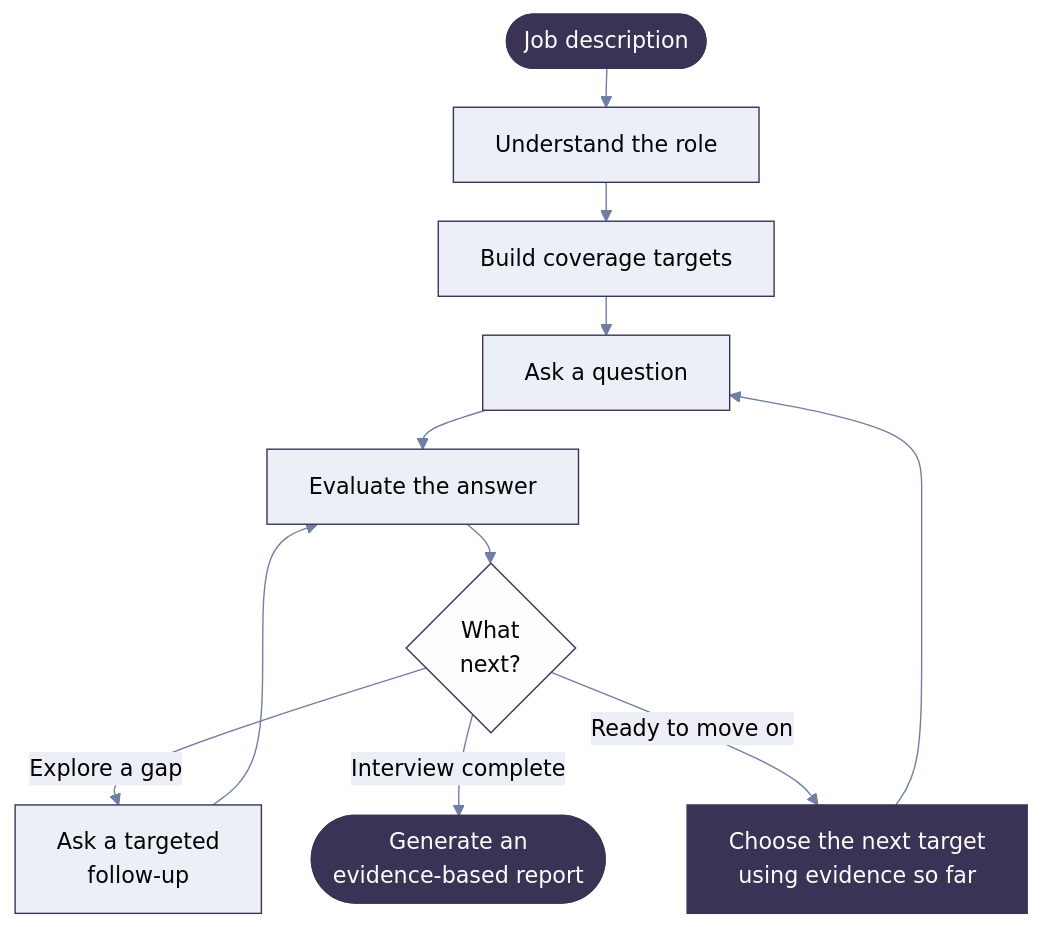
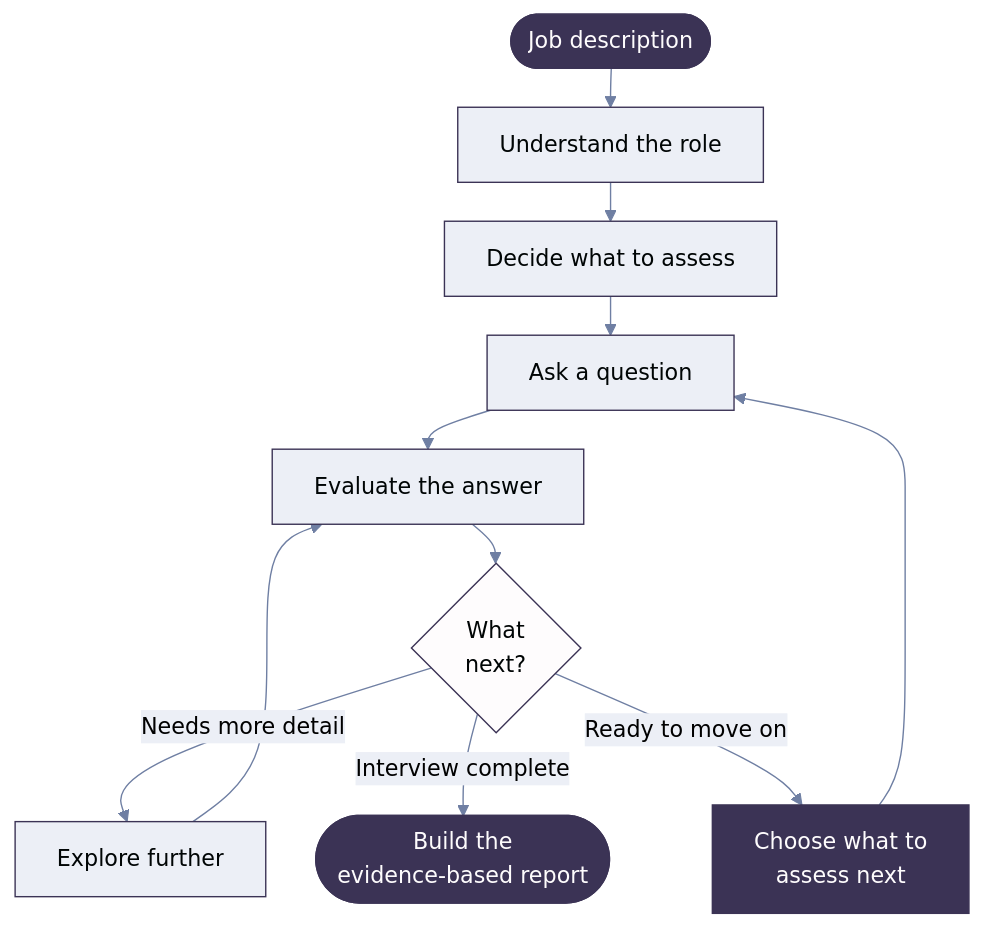
The first of 2 diagrams in README.md (AliyahAlabdali/InterMind), drawn with Mermaid before and after one commit. The commit also changed other lines of this file and 5 other files, not shown here.

````diff
--- a/README.md
+++ b/README.md
@@ -80,22 +80,22 @@
 ```mermaid
 %%{init: {"theme":"base","flowchart":{"rankSpacing":28,"nodeSpacing":36},"themeVariables":{"primaryColor":"#ECEFF6","primaryTextColor":"#000505","primaryBorderColor":"#3B3355","lineColor":"#6F7FA3","edgeLabelBackground":"#ECEFF6","tertiaryTextColor":"#000505","tertiaryColor":"#F6F8FB"}}}%%
 flowchart TD
     JD(["Job description"]) --> ROLE["Understand the role"]
-    ROLE --> PLAN["Build coverage targets"]
+    ROLE --> PLAN["Decide what to assess"]
     PLAN --> ASK["Ask a question"]
     ASK --> EVAL["Evaluate the answer"]
     EVAL --> DECIDE{"What<br/>next?"}
-    DECIDE -->|"Explore a gap"| FU["Ask a targeted<br/>follow-up"]
+    DECIDE -->|"Needs more detail"| FU["Explore further"]
     FU --> EVAL
-    DECIDE -->|"Interview complete"| REP(["Generate an<br/>evidence-based report"])
-    DECIDE -->|"Ready to move on"| NEXT["Choose the next target<br/>using evidence so far"]
+    DECIDE -->|"Interview complete"| REP(["Build the<br/>evidence-based report"])
+    DECIDE -->|"Ready to move on"| NEXT["Choose what to<br/>assess next"]
     NEXT --> ASK
 
     linkStyle default stroke:#6F7FA3,color:black;
     classDef accent fill:#3B3355,stroke:#3B3355,stroke-width:1px,color:#FEFCFD;
     classDef step fill:#ECEFF6,stroke:#3B3355,stroke-width:1px,color:#000505;
     classDef gate fill:#FEFCFD,stroke:#3B3355,stroke-width:1px,color:#000505;
     class JD,REP,NEXT accent;
     class ROLE,PLAN,ASK,EVAL,FU step;
     class DECIDE gate;
 ```
````
